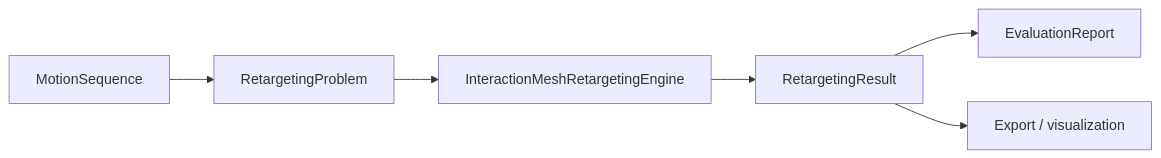
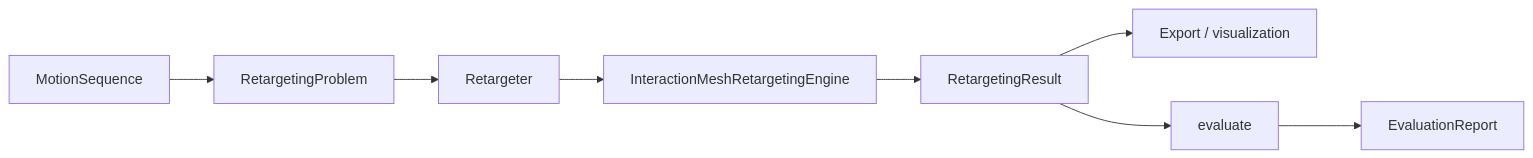
Before and after one commit to ryanrudes/retarget: the diagram in docs/architecture.md, drawn with Mermaid. The commit also changed other lines of this file and 21 other files, not shown here.

First line of the commit message:
docs: audit fixes — ecosystem nav, naming, API hover, architecture

````diff
--- a/docs/architecture.md
+++ b/docs/architecture.md
@@ -10,8 +10,10 @@
 ```mermaid
 flowchart LR
   motion[MotionSequence] --> problem[RetargetingProblem]
-  problem --> engine[InteractionMeshRetargetingEngine]
+  problem --> retargeter[Retargeter]
+  retargeter --> engine[InteractionMeshRetargetingEngine]
   engine --> result[RetargetingResult]
-  result --> eval[EvaluationReport]
   result --> export[Export / visualization]
+  result --> eval_fn[evaluate]
+  eval_fn --> report[EvaluationReport]
 ```
````
